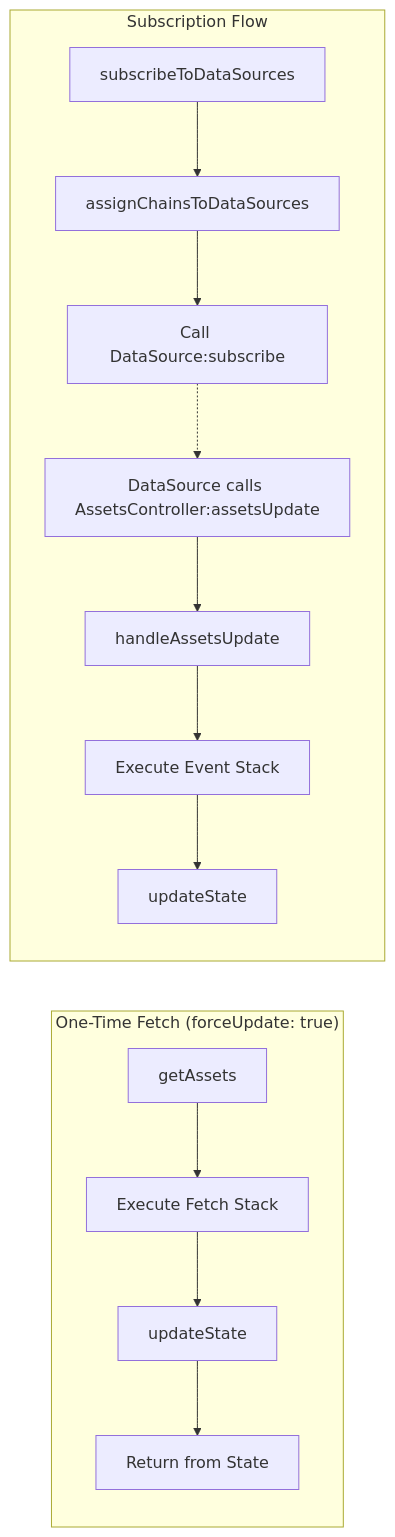
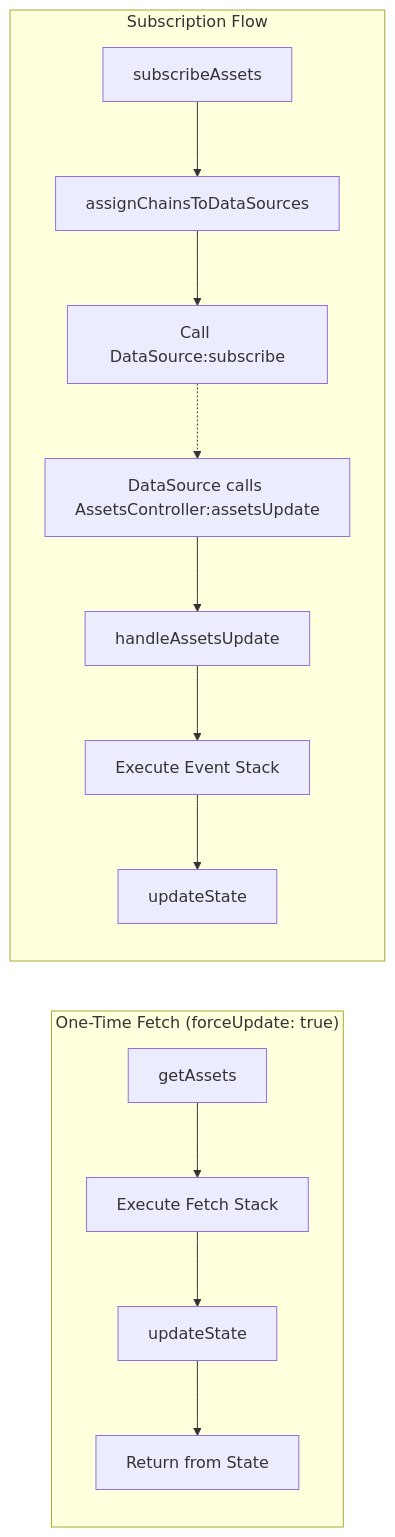
One commit to MetaMask/core changed the second of 2 diagrams in packages/assets-controller/src/README.md. Above: the diagram before and after it, drawn with Mermaid. The commit also changed other lines of this file and 13 other files, not shown here.

Commit message:
fix(AssetsController): Remove messenger in Data sources

````diff
--- a/packages/assets-controller/src/README.md
+++ b/packages/assets-controller/src/README.md
@@ -890,25 +875,25 @@
 ```mermaid
 flowchart LR
     subgraph Fetch["One-Time Fetch (forceUpdate: true)"]
         F1[getAssets]
         F2[Execute Fetch Stack]
         F3[updateState]
         F4[Return from State]
 
         F1 --> F2 --> F3 --> F4
     end
 
     subgraph Subscribe["Subscription Flow"]
-        S1[subscribeToDataSources]
+        S1[subscribeAssets]
         S2[assignChainsToDataSources]
         S3[Call DataSource:subscribe]
         S4[DataSource calls AssetsController:assetsUpdate]
         S5[handleAssetsUpdate]
         S6[Execute Event Stack]
         S7[updateState]
 
         S1 --> S2 --> S3
         S3 -.-> S4
         S4 --> S5 --> S6 --> S7
     end
 ```
````
